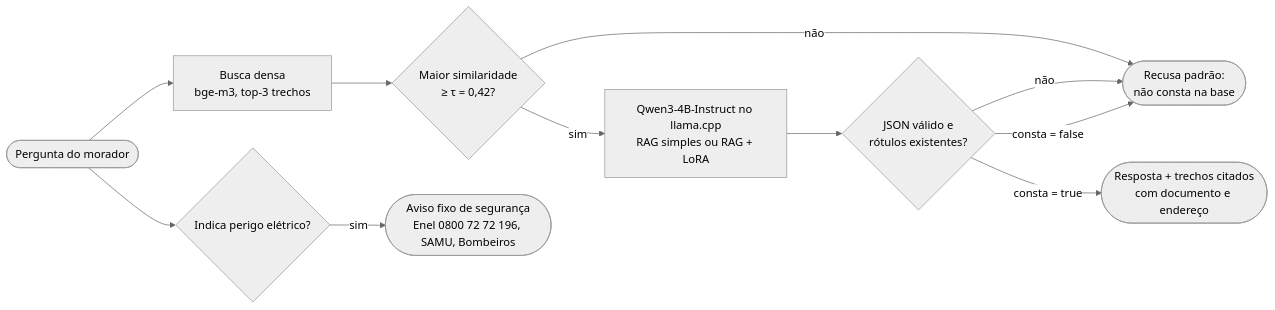
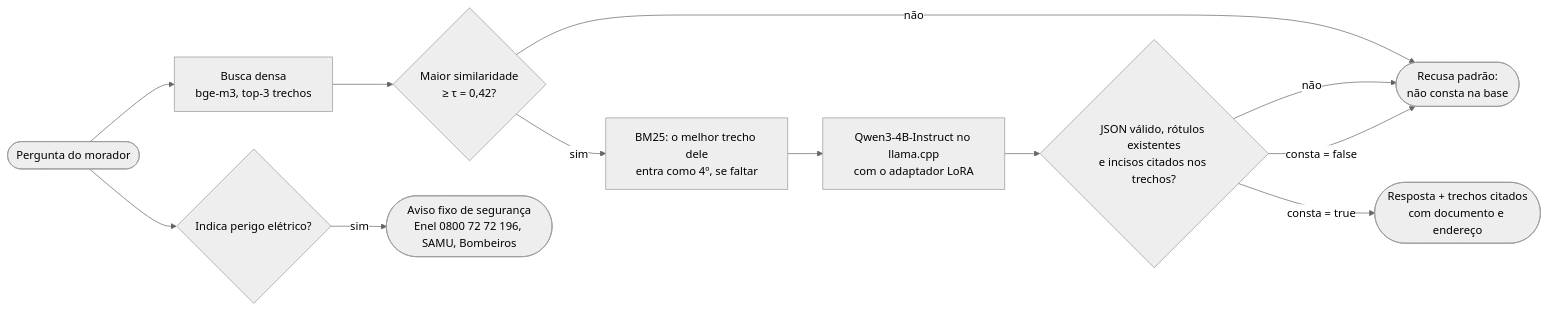
Before and after one commit to Gastaldl/GS-GENAI: the diagram in README.md, drawn with Mermaid (neutral theme). The commit also changed other lines of this file and 40 other files, not shown here.

````diff
--- a/README.md
+++ b/README.md
@@ -38,13 +52,14 @@
 ```mermaid
 flowchart LR
     Q([Pergunta do morador]) --> E[Busca densa<br/>bge-m3, top-3 trechos]
     E --> T{Maior similaridade<br/>≥ τ = 0,42?}
     T -- não --> R([Recusa padrão:<br/>não consta na base])
-    T -- sim --> G[Qwen3-4B-Instruct no llama.cpp<br/>RAG simples ou RAG + LoRA]
-    G --> V{JSON válido e<br/>rótulos existentes?}
+    T -- sim --> B[BM25: o melhor trecho dele<br/>entra como 4º, se faltar]
+    B --> G[Qwen3-4B-Instruct no llama.cpp<br/>com o adaptador LoRA]
+    G --> V{JSON válido, rótulos existentes<br/>e incisos citados nos trechos?}
     V -- não --> R
     V -- consta = false --> R
     V -- consta = true --> A([Resposta + trechos citados<br/>com documento e endereço])
     Q --> S{Indica perigo elétrico?}
     S -- sim --> W([Aviso fixo de segurança<br/>Enel 0800 72 72 196, SAMU, Bombeiros])
 ```
````
